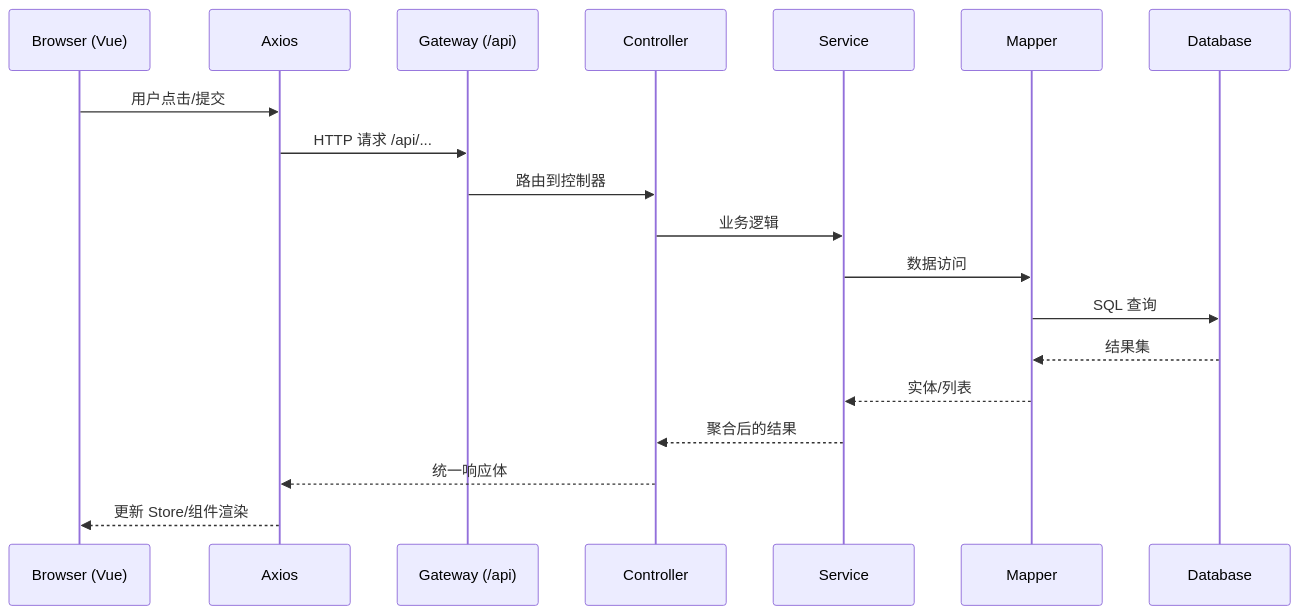
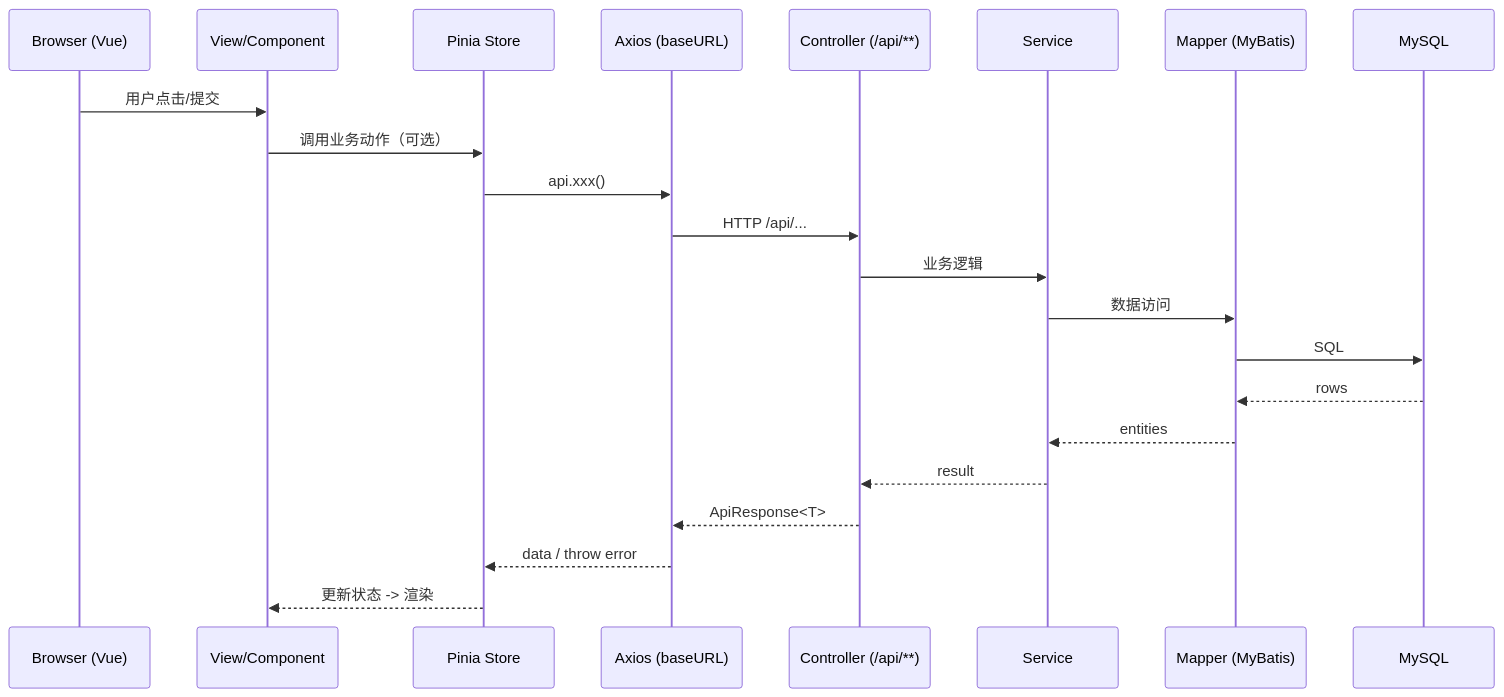
The diagram in docs/architecture-overview.md (Xiaorui-Zhang537/student-core-competency-cultivation-assessment-system), drawn with Mermaid before and after one commit. The commit also changed other lines of this file and 110 other files, not shown here.

````diff
--- a/docs/architecture-overview.md
+++ b/docs/architecture-overview.md
@@ -39,22 +27,25 @@
 ```mermaid
 sequenceDiagram
   participant B as Browser (Vue)
-  participant A as Axios
-  participant G as Gateway (/api)
-  participant C as Controller
+  participant V as View/Component
+  participant P as Pinia Store
+  participant A as Axios (baseURL)
+  participant C as Controller (/api/**)
   participant S as Service
-  participant M as Mapper
-  participant D as Database
+  participant M as Mapper (MyBatis)
+  participant D as MySQL
 
-  B->>A: 用户点击/提交
-  A->>G: HTTP 请求 /api/...
-  G->>C: 路由到控制器
+  B->>V: 用户点击/提交
+  V->>P: 调用业务动作（可选）
+  P->>A: api.xxx()
+  A->>C: HTTP /api/...
   C->>S: 业务逻辑
   S->>M: 数据访问
-  M->>D: SQL 查询
-  D-->>M: 结果集
-  M-->>S: 实体/列表
-  S-->>C: 聚合后的结果
-  C-->>A: 统一响应体
-  A-->>B: 更新 Store/组件渲染
+  M->>D: SQL
+  D-->>M: rows
+  M-->>S: entities
+  S-->>C: result
+  C-->>A: ApiResponse<T>
+  A-->>P: data / throw error
+  P-->>V: 更新状态 -> 渲染
 ```
````
